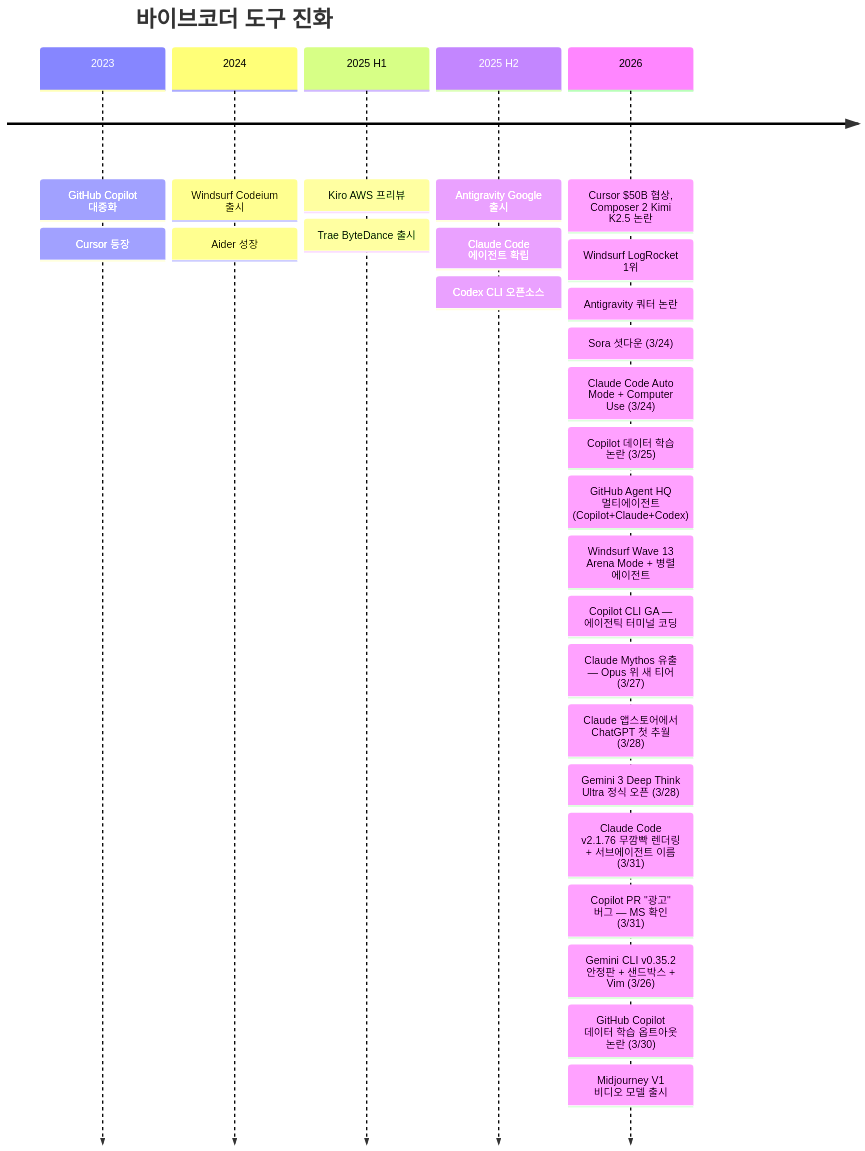
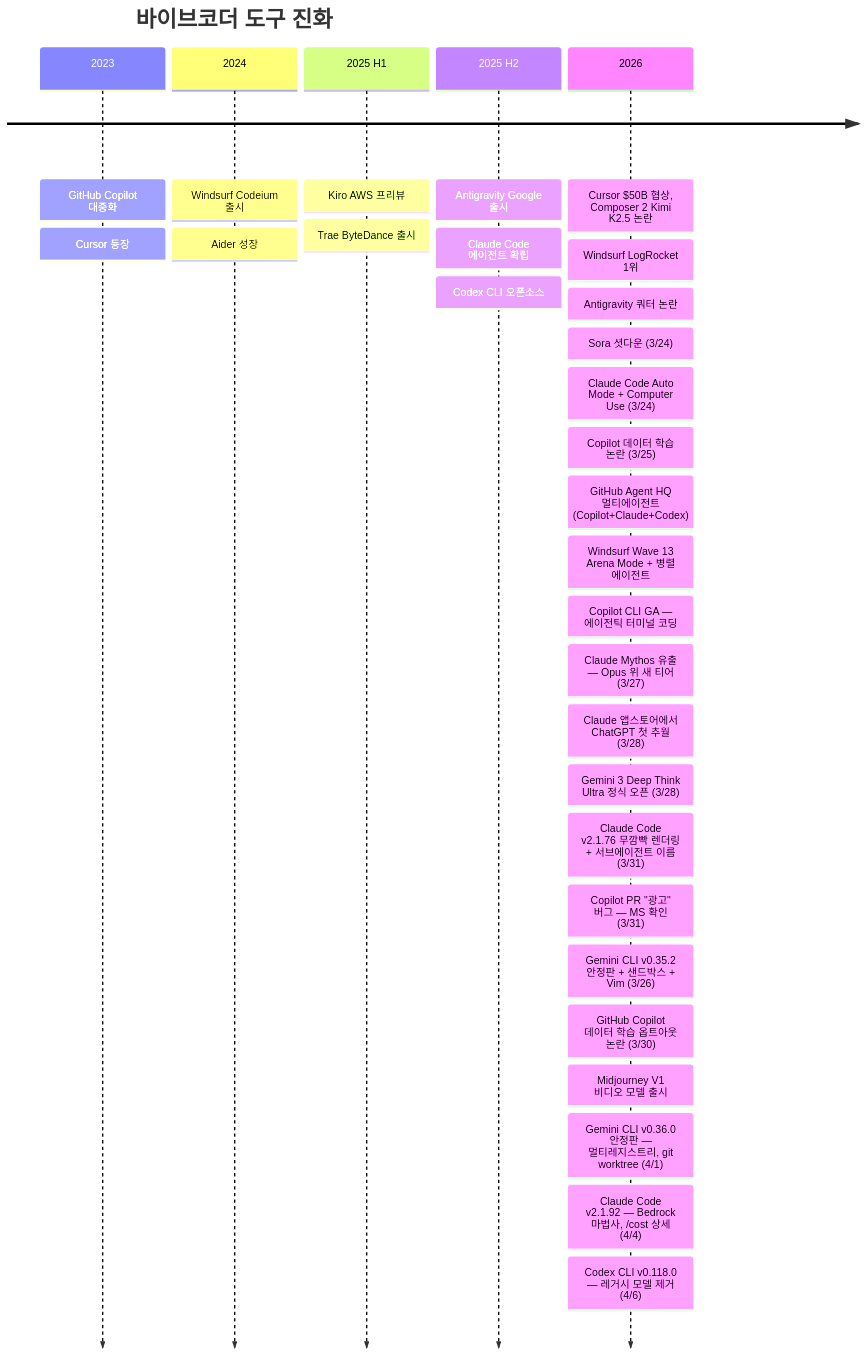
One commit to Lazere4385/ai-whatchelin changed the first of 11 diagrams in README_ko.md. Above: the diagram before and after it, drawn with Mermaid. The commit also changed other lines of this file and 2 other files, not shown here.

````diff
--- a/README_ko.md
+++ b/README_ko.md
@@ -116,30 +116,33 @@
 ```mermaid
 timeline
     title 바이브코더 도구 진화
     2023 : GitHub Copilot 대중화
          : Cursor 등장
     2024 : Windsurf Codeium 출시
          : Aider 성장
     2025 H1 : Kiro AWS 프리뷰
             : Trae ByteDance 출시
     2025 H2 : Antigravity Google 출시
             : Claude Code 에이전트 확립
             : Codex CLI 오픈소스
     2026 : Cursor $50B 협상, Composer 2 Kimi K2.5 논란
          : Windsurf LogRocket 1위
          : Antigravity 쿼터 논란
          : Sora 셧다운 (3/24)
          : Claude Code Auto Mode + Computer Use (3/24)
          : Copilot 데이터 학습 논란 (3/25)
          : GitHub Agent HQ 멀티에이전트 (Copilot+Claude+Codex)
          : Windsurf Wave 13 Arena Mode + 병렬 에이전트
          : Copilot CLI GA — 에이전틱 터미널 코딩
          : Claude Mythos 유출 — Opus 위 새 티어 (3/27)
          : Claude 앱스토어에서 ChatGPT 첫 추월 (3/28)
          : Gemini 3 Deep Think Ultra 정식 오픈 (3/28)
          : Claude Code v2.1.76 무깜빡 렌더링 + 서브에이전트 이름 (3/31)
          : Copilot PR "광고" 버그 — MS 확인 (3/31)
          : Gemini CLI v0.35.2 안정판 + 샌드박스 + Vim (3/26)
          : GitHub Copilot 데이터 학습 옵트아웃 논란 (3/30)
          : Midjourney V1 비디오 모델 출시
+         : Gemini CLI v0.36.0 안정판 — 멀티레지스트리, git worktree (4/1)
+         : Claude Code v2.1.92 — Bedrock 마법사, /cost 상세 (4/4)
+         : Codex CLI v0.118.0 — 레거시 모델 제거 (4/6)
 ```
````
